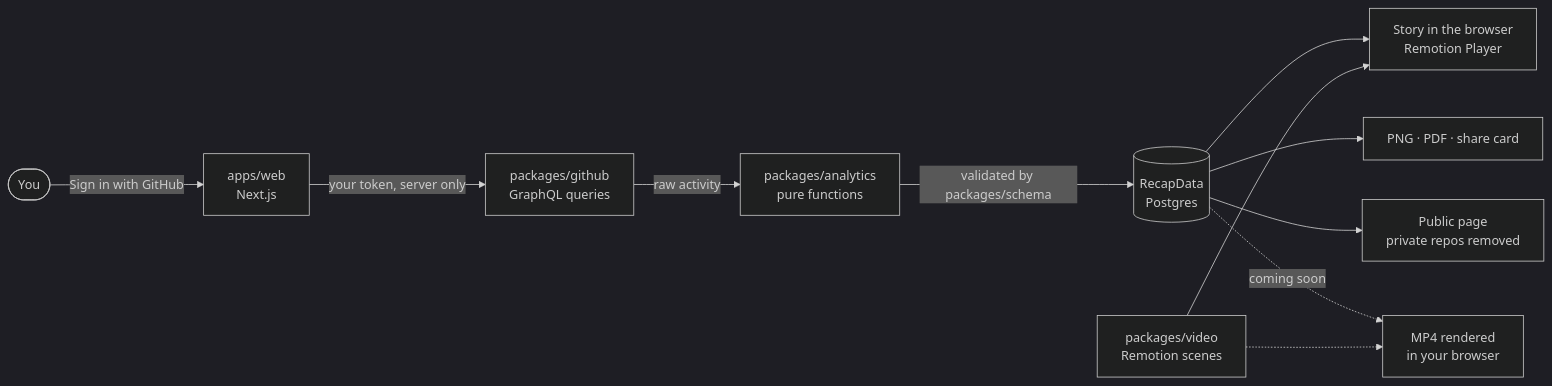
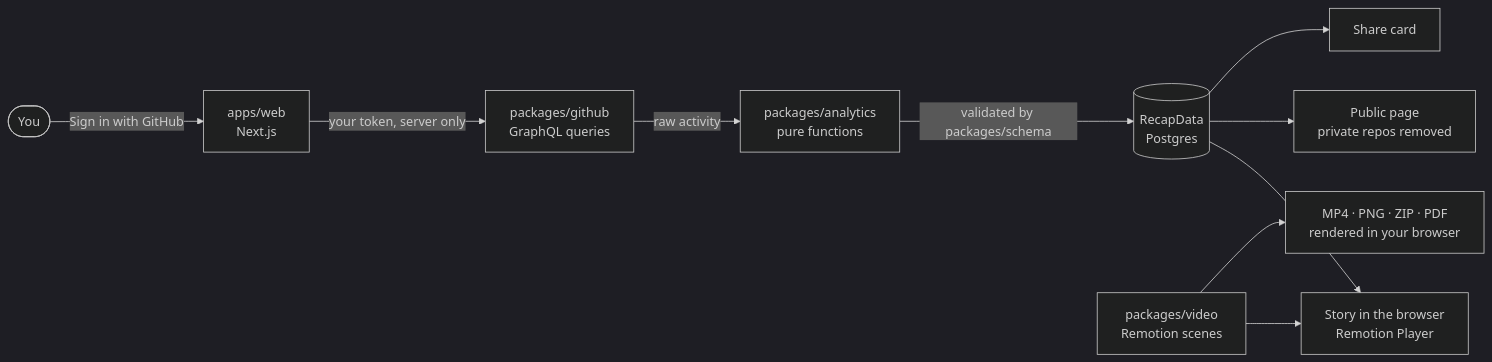
The diagram in README.md (habibiahmada/wrapyourgit), drawn with Mermaid (dark theme) before and after one commit. The commit also changed other lines of this file, not shown here.

First line of the commit message:
docs: the README describes browser exports and no apps/renderer

````diff
--- a/README.md
+++ b/README.md
@@ -145,13 +145,12 @@
 ```mermaid
 flowchart LR
   user([You]) -->|Sign in with GitHub| web[apps/web<br>Next.js]
   web -->|your token, server only| gh[packages/github<br>GraphQL queries]
   gh -->|raw activity| an[packages/analytics<br>pure functions]
   an -->|validated by packages/schema| rd[(RecapData<br>Postgres)]
   rd --> player[Story in the browser<br>Remotion Player]
-  rd --> exports[PNG · PDF · share card]
   rd --> pub[Public page<br>private repos removed]
-  rd -.->|coming soon| mp4[MP4 rendered<br>in your browser]
+  rd --> card[Share card]
   video[packages/video<br>Remotion scenes] --> player
-  video -.-> mp4
+  video --> exports[MP4 · PNG · ZIP · PDF<br>rendered in your browser]
 ```
````
